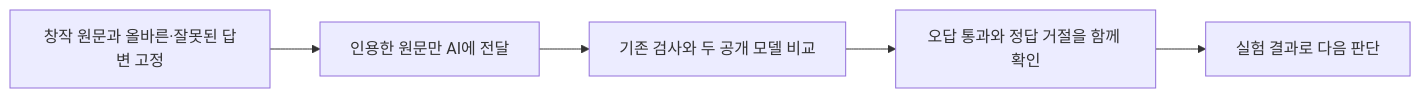
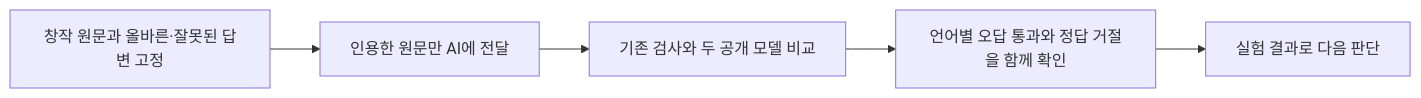
The first of 11 diagrams in docs/임원보고서.md (pmh10401/cs-excel-rag), drawn with Mermaid before and after one commit. The commit also changed other lines of this file and 5 other files, not shown here.

````diff
--- a/docs/임원보고서.md
+++ b/docs/임원보고서.md
@@ -15,7 +15,7 @@
 ```mermaid
 flowchart LR
     A[창작 원문과 올바른·잘못된 답변 고정] --> B[인용한 원문만 AI에 전달]
     B --> C[기존 검사와 두 공개 모델 비교]
-    C --> D[오답 통과와 정답 거절을 함께 확인]
+    C --> D[언어별 오답 통과와 정답 거절을 함께 확인]
     D --> E[실험 결과로 다음 판단]
 ```
````
